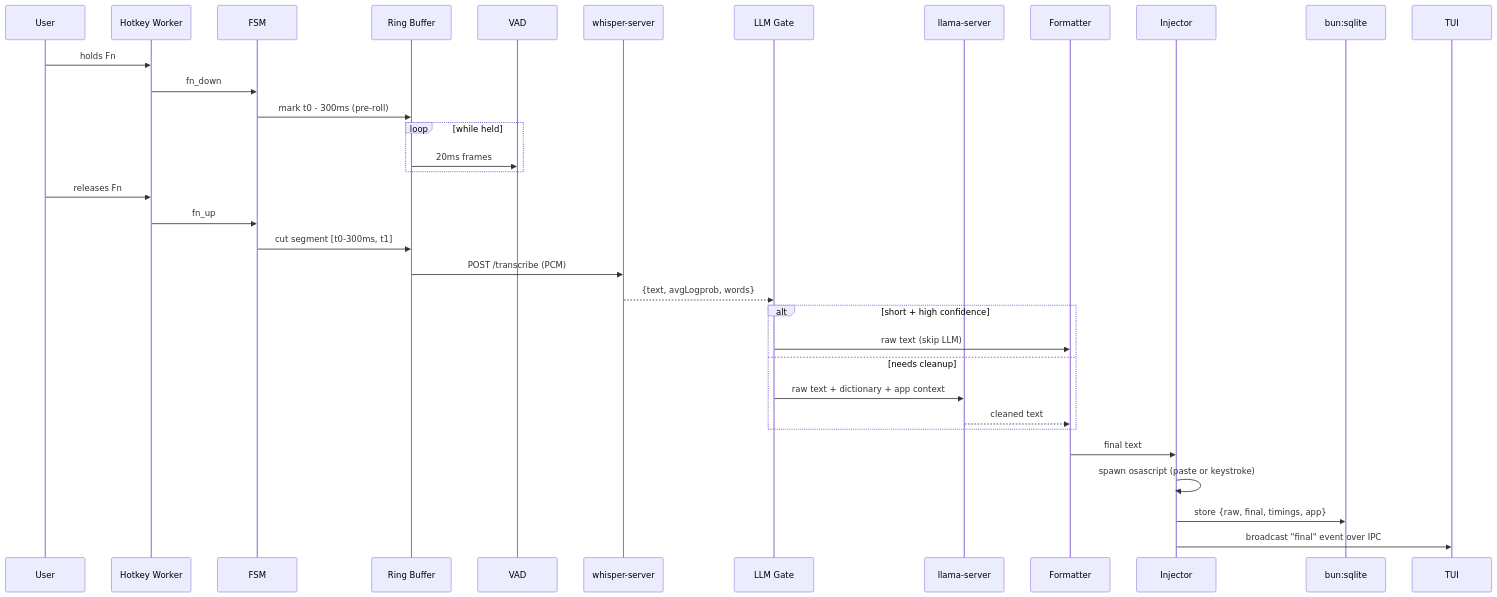
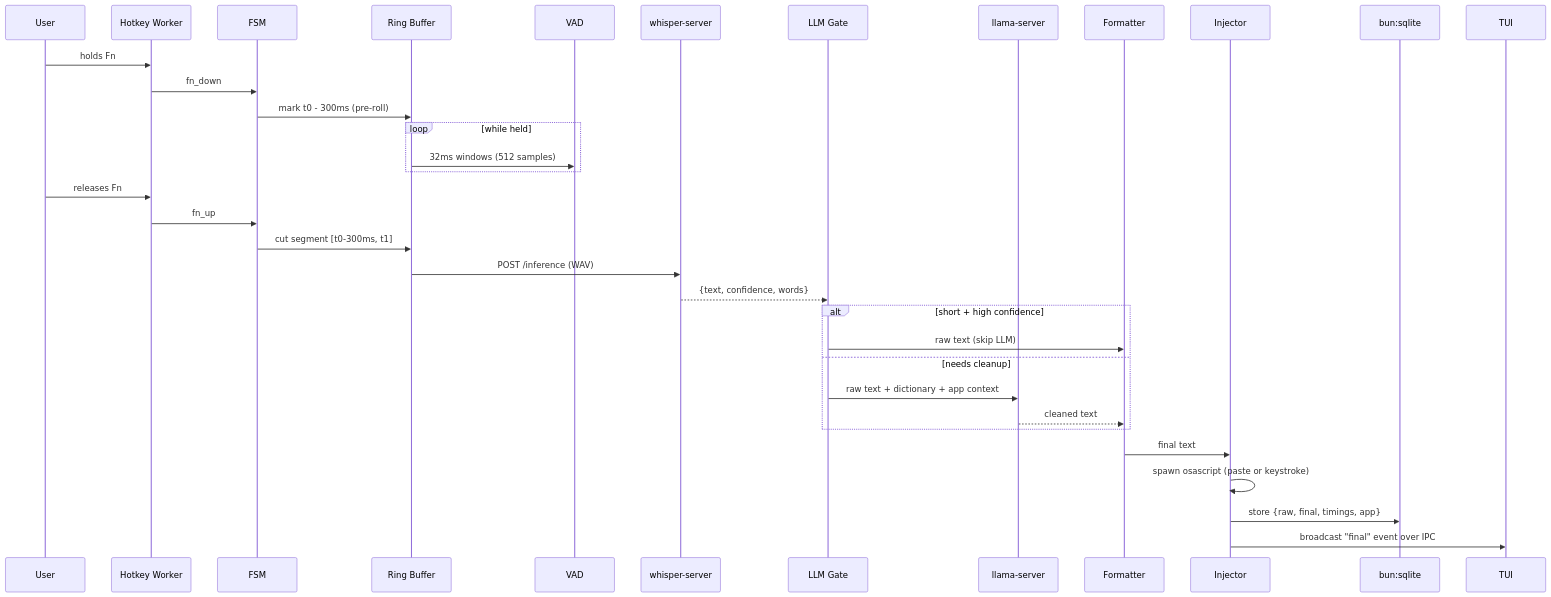
The third of 8 diagrams in docs/ARCHITECTURE.md (NirjharBhattacharjee/mockingbird), drawn with Mermaid before and after one commit. The commit also changed other lines of this file and 39 other files, not shown here.

````diff
--- a/docs/ARCHITECTURE.md
+++ b/docs/ARCHITECTURE.md
@@ -198,37 +199,37 @@
 ```mermaid
 sequenceDiagram
     participant User
     participant HK as Hotkey Worker
     participant FSM
     participant RB as Ring Buffer
     participant VAD
     participant ASR as whisper-server
     participant Gate as LLM Gate
     participant LLM as llama-server
     participant Fmt as Formatter
     participant Inj as Injector
     participant DB as bun:sqlite
     participant TUI
 
     User->>HK: holds Fn
     HK->>FSM: fn_down
     FSM->>RB: mark t0 - 300ms (pre-roll)
     loop while held
-        RB->>VAD: 20ms frames
+        RB->>VAD: 32ms windows (512 samples)
     end
     User->>HK: releases Fn
     HK->>FSM: fn_up
     FSM->>RB: cut segment [t0-300ms, t1]
-    RB->>ASR: POST /transcribe (PCM)
-    ASR-->>Gate: {text, avgLogprob, words}
+    RB->>ASR: POST /inference (WAV)
+    ASR-->>Gate: {text, confidence, words}
     alt short + high confidence
         Gate->>Fmt: raw text (skip LLM)
     else needs cleanup
         Gate->>LLM: raw text + dictionary + app context
         LLM-->>Fmt: cleaned text
     end
     Fmt->>Inj: final text
     Inj->>Inj: spawn osascript (paste or keystroke)
     Inj->>DB: store {raw, final, timings, app}
     Inj->>TUI: broadcast "final" event over IPC
 ```
````
